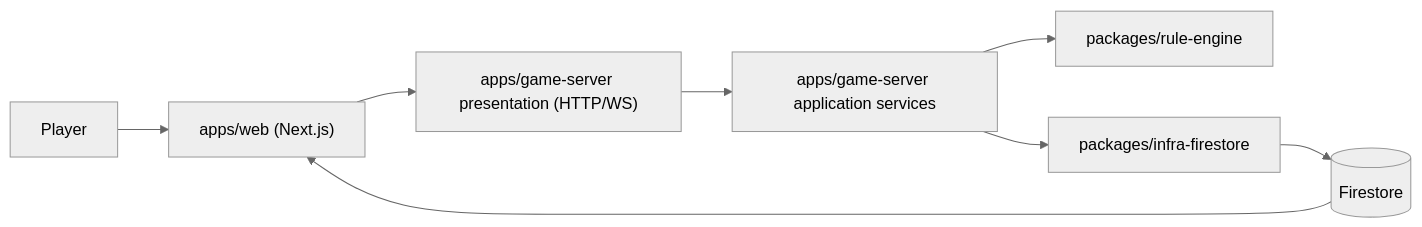
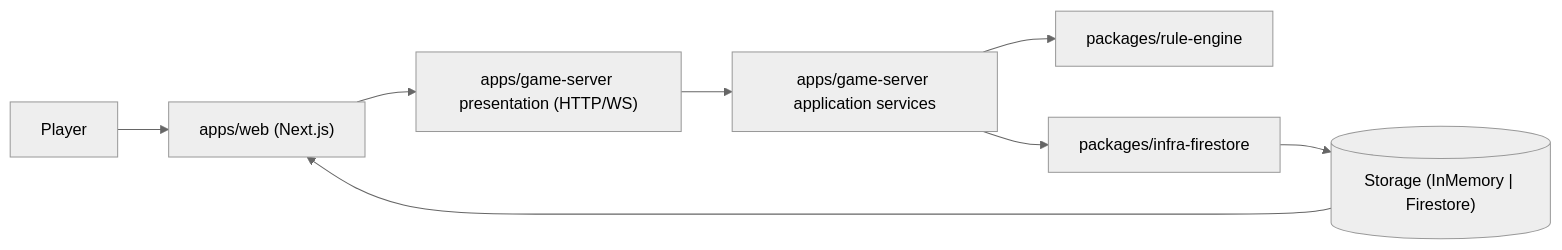
One commit to dydfuf/merchant changed the first of 6 diagrams in docs/implementation-architecture-visualization.md. Above: the diagram before and after it, drawn with Mermaid (neutral theme). The commit also changed other lines of this file and 32 other files, not shown here.

````diff
--- a/docs/implementation-architecture-visualization.md
+++ b/docs/implementation-architecture-visualization.md
@@ -10,10 +10,10 @@
 ```mermaid
 flowchart LR
   U["Player"] --> W["apps/web (Next.js)"]
   W --> P["apps/game-server presentation (HTTP/WS)"]
   P --> A["apps/game-server application services"]
   A --> R["packages/rule-engine"]
   A --> I["packages/infra-firestore"]
-  I --> F[("Firestore")]
-  F --> W
+  I --> S[("Storage (InMemory | Firestore)")]
+  S --> W
 ```
````
